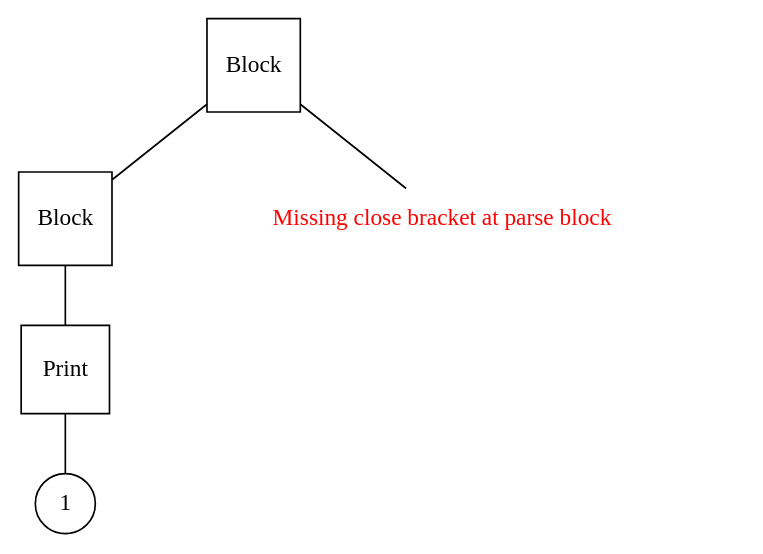
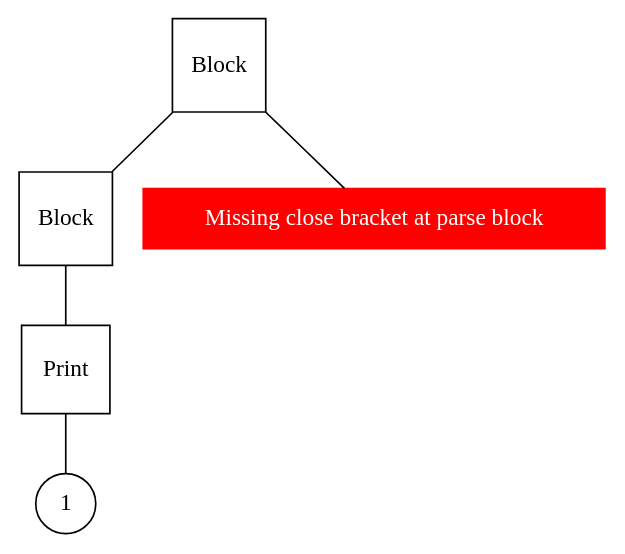
One commit to cemmanuelsr/compiler changed the diagram in graphs/dot/test_13.dot. Above: the diagram before and after it, drawn with Graphviz. The commit also changed 6 other files, not shown here.

```diff
--- a/graphs/dot/test_13.dot
+++ b/graphs/dot/test_13.dot
@@ -1,12 +1,12 @@
 graph g {
 n0 [label = "Block", shape="square"]
 n1 [label = "Block", shape="square"]
 n2 [label = "Print", shape="square"]
 n3 [label = "1", shape="circle"]
-error [label = "Missing close bracket at parse block", color="white", style="filled", fontcolor="red"]
+error [label = "Missing close bracket at parse block", color="red", style="filled", shape="box", fontcolor="white"]
 
 "n2" -- "n3"
 "n1" -- "n2"
 "n0" -- "n1"
 "n0" -- "error"
 }
```
